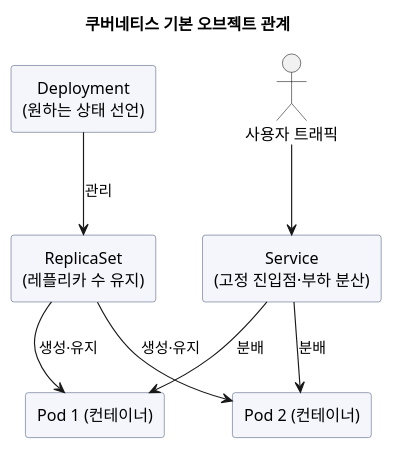
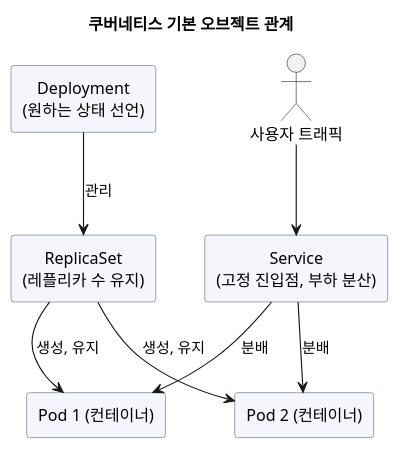
The first of 4 diagrams in blog/2026-09-17-kubernetes-basics-to-gitops.mdx (johnycho/johny-dev), drawn with PlantUML before and after one commit. The commit also changed other lines of this file and 188 other files, not shown here.

````diff
--- a/blog/2026-09-17-kubernetes-basics-to-gitops.mdx
+++ b/blog/2026-09-17-kubernetes-basics-to-gitops.mdx
@@ -76,24 +76,24 @@
 ```plantuml
 @startuml
 skinparam defaultTextAlignment center
 skinparam rectangle {
   BackgroundColor #F4F6FB
   BorderColor #556080
 }
 title 쿠버네티스 기본 오브젝트 관계
 
 actor "사용자 트래픽" as u
 rectangle "Deployment\n(원하는 상태 선언)" as dep
 rectangle "ReplicaSet\n(레플리카 수 유지)" as rs
 rectangle "Pod 1 (컨테이너)" as p1
 rectangle "Pod 2 (컨테이너)" as p2
-rectangle "Service\n(고정 진입점·부하 분산)" as svc
+rectangle "Service\n(고정 진입점, 부하 분산)" as svc
 
 dep --> rs : 관리
-rs --> p1 : 생성·유지
-rs --> p2 : 생성·유지
+rs --> p1 : 생성, 유지
+rs --> p2 : 생성, 유지
 u --> svc
 svc --> p1 : 분배
 svc --> p2 : 분배
 @enduml
 ```
````
